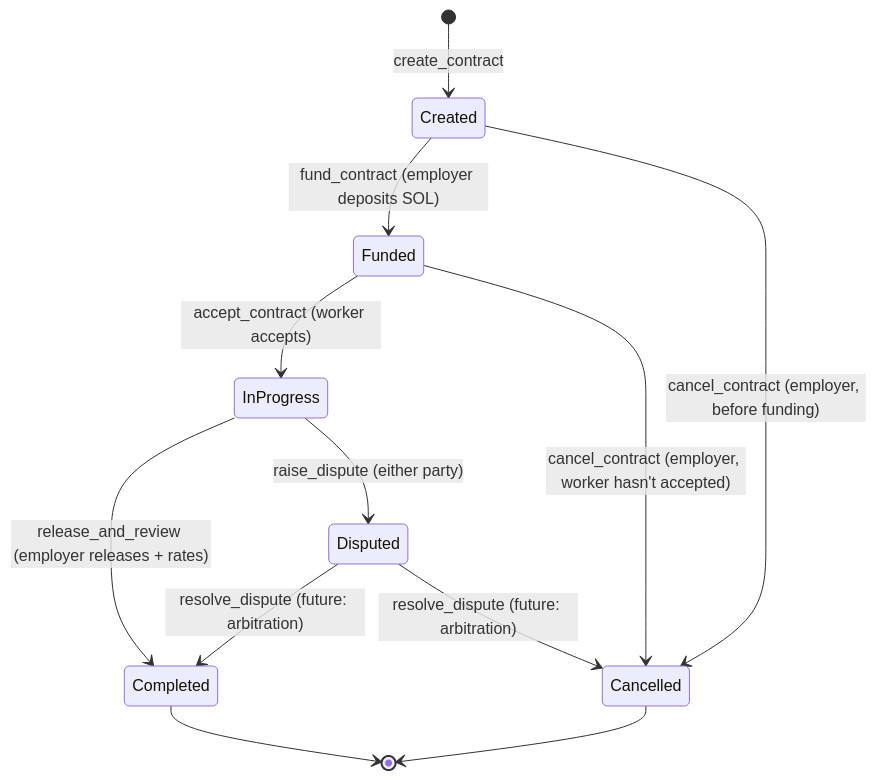
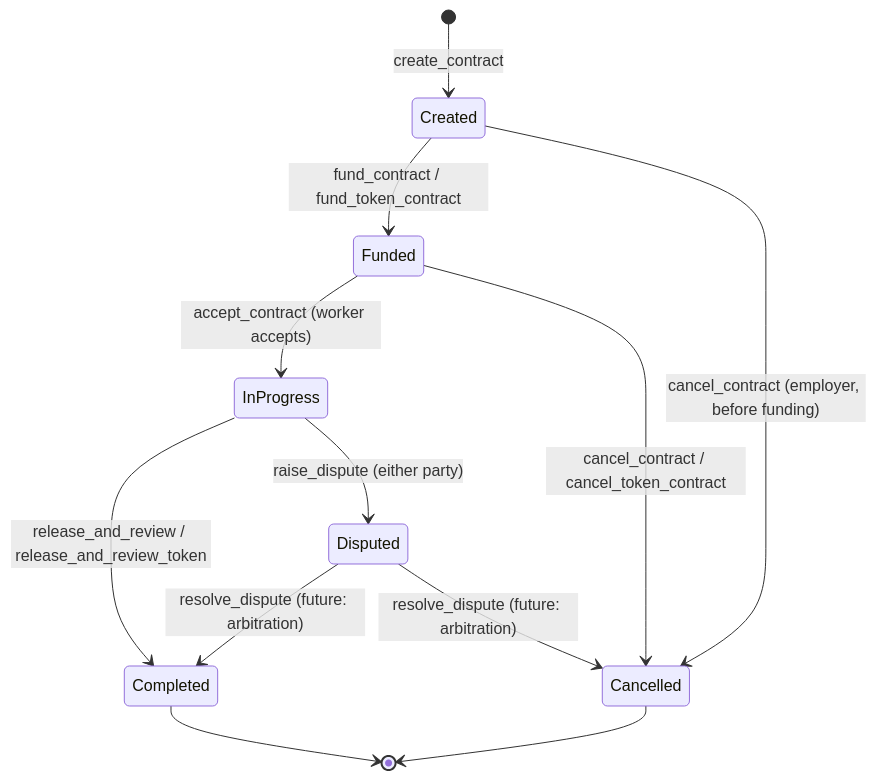
The second of 2 diagrams in docs/ARCHITECTURE.md (adewuyito/ClockIn), drawn with Mermaid before and after one commit. The commit also changed other lines of this file, not shown here.

Commit message:
docs(architecture): add  token escrow design (Approach B) and Seeker Verified staking concept

````diff
--- a/docs/ARCHITECTURE.md
+++ b/docs/ARCHITECTURE.md
@@ -78,14 +88,14 @@
 ```mermaid
 stateDiagram-v2
     [*] --> Created: create_contract
-    Created --> Funded: fund_contract (employer deposits SOL)
+    Created --> Funded: fund_contract / fund_token_contract
     Funded --> InProgress: accept_contract (worker accepts)
-    InProgress --> Completed: release_and_review (employer releases + rates)
+    InProgress --> Completed: release_and_review / release_and_review_token
     InProgress --> Disputed: raise_dispute (either party)
     Created --> Cancelled: cancel_contract (employer, before funding)
-    Funded --> Cancelled: cancel_contract (employer, worker hasn't accepted)
+    Funded --> Cancelled: cancel_contract / cancel_token_contract
     Completed --> [*]
     Cancelled --> [*]
     Disputed --> Completed: resolve_dispute (future: arbitration)
     Disputed --> Cancelled: resolve_dispute (future: arbitration)
 ```
````
